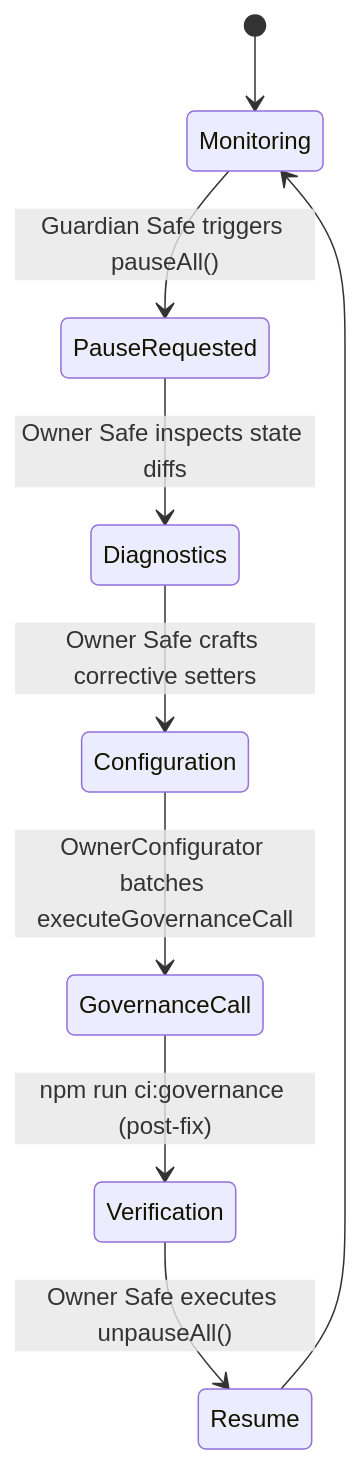
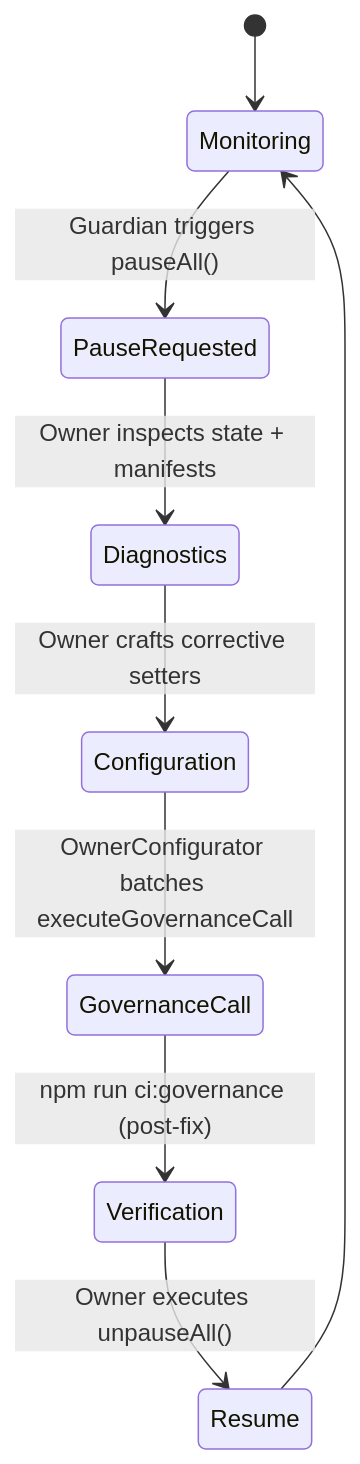
One commit to MontrealAI/agijobs-sovereign-labor-v0p1 changed the fifth of 5 diagrams in deploy/README.md. Above: the diagram before and after it, drawn with Mermaid. The commit also changed other lines of this file, not shown here.

````diff
--- a/deploy/README.md
+++ b/deploy/README.md
@@ -284,11 +839,11 @@
 ```mermaid
 stateDiagram-v2
     [*] --> Monitoring
-    Monitoring --> PauseRequested: Guardian Safe triggers pauseAll()
-    PauseRequested --> Diagnostics: Owner Safe inspects state diffs
-    Diagnostics --> Configuration: Owner Safe crafts corrective setters
+    Monitoring --> PauseRequested: Guardian triggers pauseAll()
+    PauseRequested --> Diagnostics: Owner inspects state + manifests
+    Diagnostics --> Configuration: Owner crafts corrective setters
     Configuration --> GovernanceCall: OwnerConfigurator batches executeGovernanceCall
     GovernanceCall --> Verification: npm run ci:governance (post-fix)
-    Verification --> Resume: Owner Safe executes unpauseAll()
+    Verification --> Resume: Owner executes unpauseAll()
     Resume --> Monitoring
 ```
````
